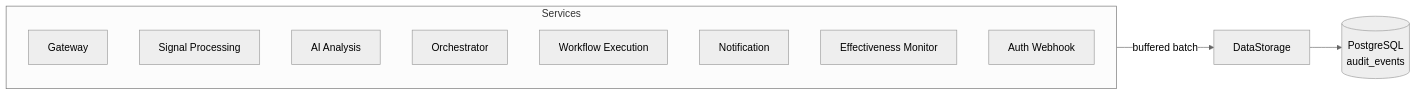
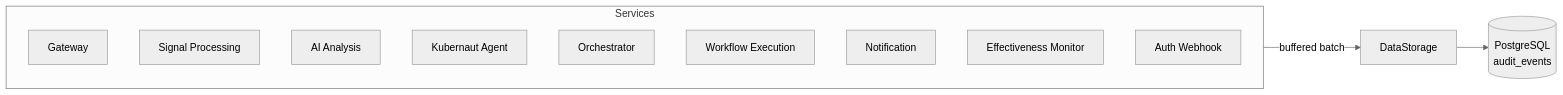
One commit to jordigilh/kubernaut-docs changed the diagram in docs/user-guide/audit-and-observability.md. Above: the diagram before and after it, drawn with Mermaid (neutral theme). The commit also changed other lines of this file and 1 other file, not shown here.

````diff
--- a/docs/user-guide/audit-and-observability.md
+++ b/docs/user-guide/audit-and-observability.md
@@ -12,16 +12,17 @@
 ```mermaid
 graph LR
     subgraph Services
         GW[Gateway]
         SP[Signal Processing]
         AA[AI Analysis]
+        KA[Kubernaut Agent]
         RO[Orchestrator]
         WE[Workflow Execution]
         NF[Notification]
         EM[Effectiveness Monitor]
         AW[Auth Webhook]
     end
 
     Services -->|buffered batch| DS[DataStorage]
     DS --> PG[(PostgreSQL<br/>audit_events)]
 ```
````
